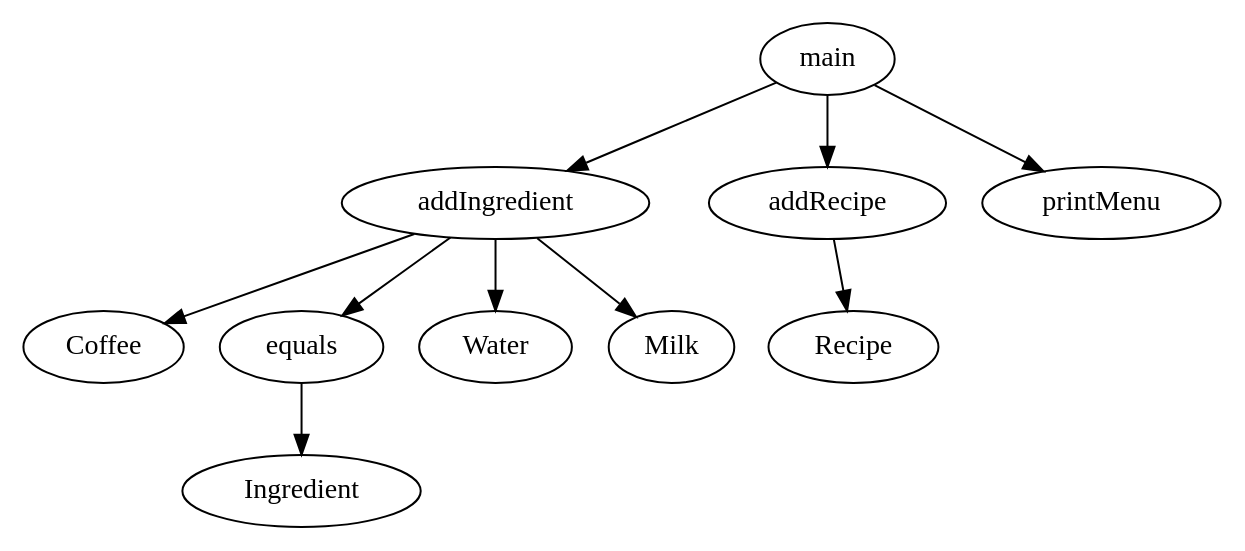
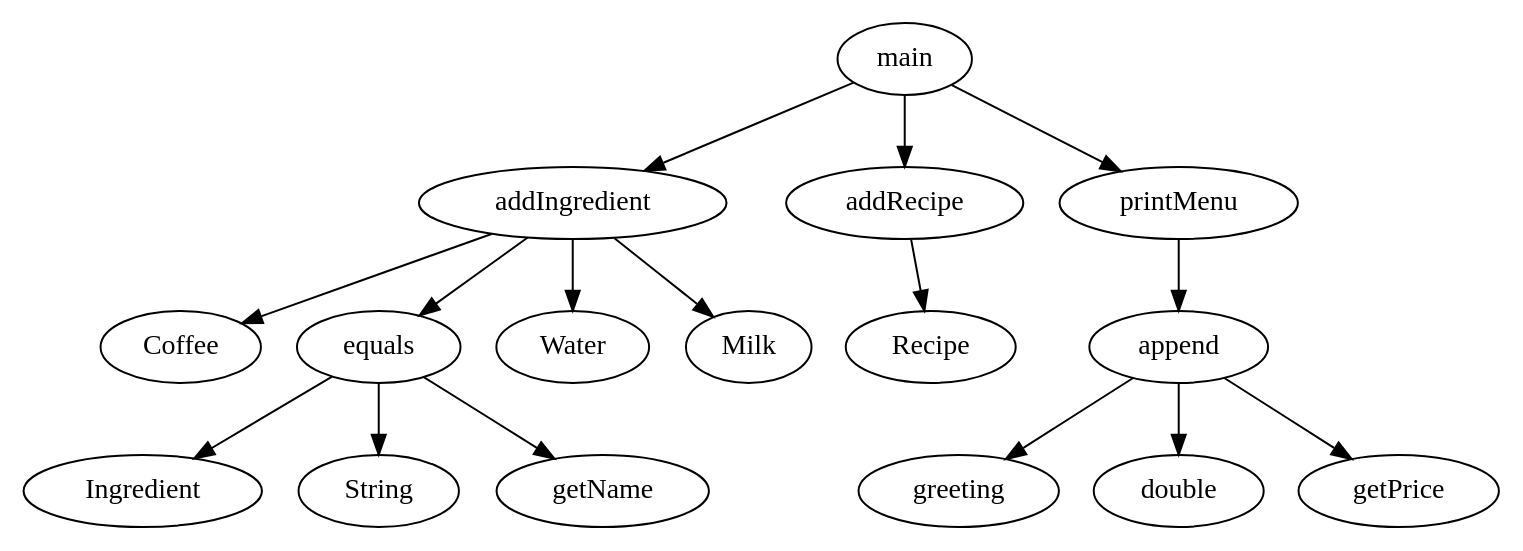
The diagram in Cafe.dot (ruizhengu/CausalGrading), drawn with Graphviz before and after one commit. The commit also changed 1 other file, not shown here.

```diff
--- a/Cafe.dot
+++ b/Cafe.dot
@@ -1,21 +1,33 @@
 digraph Cafe {
 IDmain [label="main"];
 IDaddIngredient [label="addIngredient"];
 IDCoffee [label="Coffee"];
 IDequals [label="equals"];
 IDIngredient [label="Ingredient"];
+IDString [label="String"];
+IDgetName [label="getName"];
 IDWater [label="Water"];
 IDaddRecipe [label="addRecipe"];
 IDRecipe [label="Recipe"];
 IDMilk [label="Milk"];
 IDprintMenu [label="printMenu"];
+IDappend [label="append"];
+IDgreeting [label="greeting"];
+IDdouble [label="double"];
+IDgetPrice [label="getPrice"];
 IDmain -> IDaddIngredient;
 IDmain -> IDaddRecipe;
 IDmain -> IDprintMenu;
 IDaddIngredient -> IDCoffee;
 IDaddIngredient -> IDequals;
 IDaddIngredient -> IDWater;
 IDaddIngredient -> IDMilk;
 IDequals -> IDIngredient;
+IDequals -> IDString;
+IDequals -> IDgetName;
 IDaddRecipe -> IDRecipe;
+IDprintMenu -> IDappend;
+IDappend -> IDgreeting;
+IDappend -> IDdouble;
+IDappend -> IDgetPrice;
 }
```
